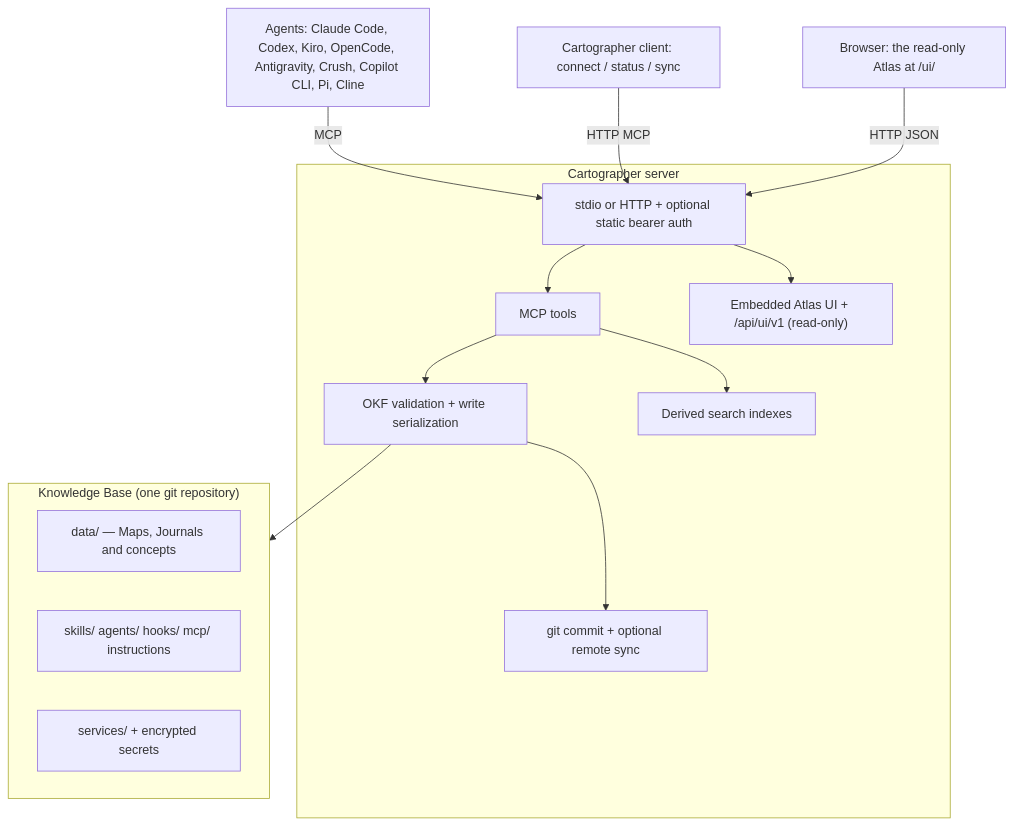
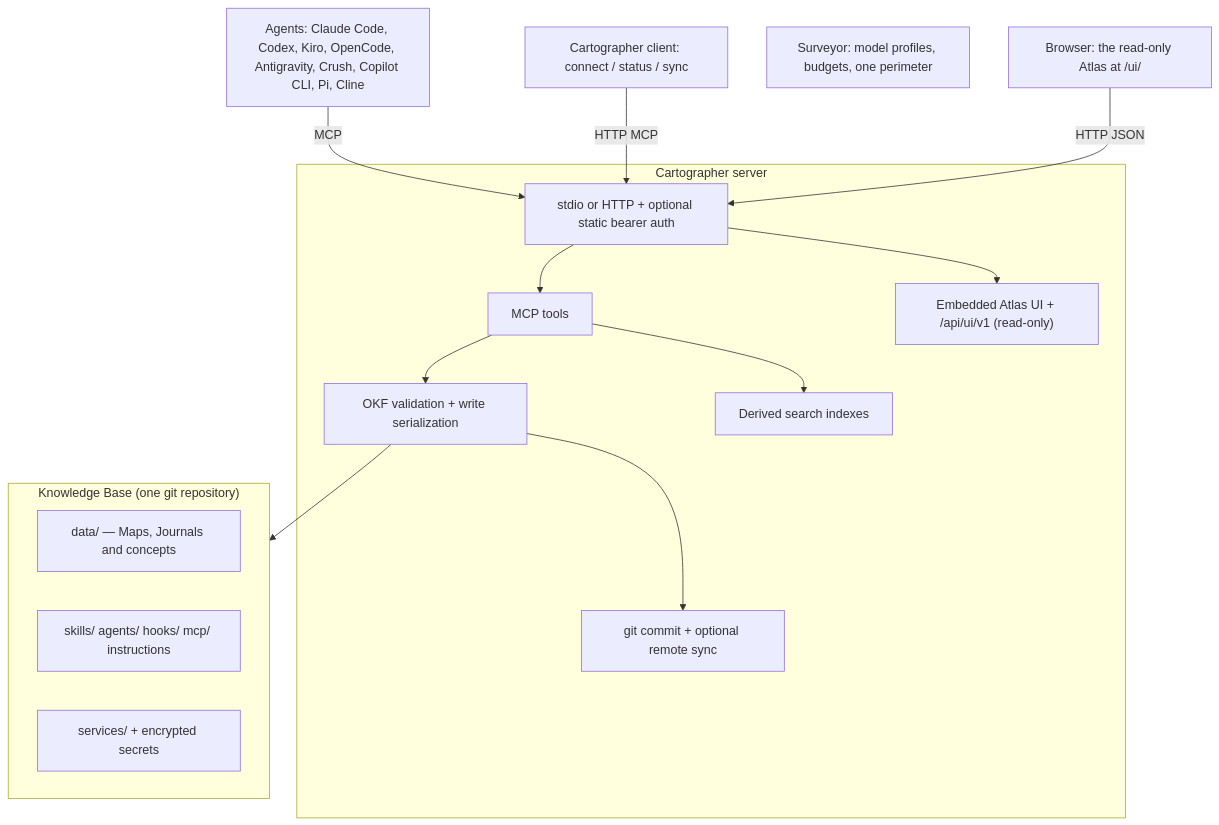
Before and after one commit to BeppeTemp/cartographer: the diagram in docs/overview.md, drawn with Mermaid. The commit also changed other lines of this file and 10 other files, not shown here.

````diff
--- a/docs/overview.md
+++ b/docs/overview.md
@@ -49,28 +50,29 @@
 ```mermaid
 flowchart TB
     A["Agents: Claude Code, Codex, Kiro, OpenCode, Antigravity, Crush, Copilot CLI, Pi, Cline"]
     C["Cartographer client: connect / status / sync"]
+    Y["Surveyor: model profiles, budgets, one perimeter"]
     B["Browser: the read-only Atlas at /ui/"]
 
     subgraph S["Cartographer server"]
         T["stdio or HTTP + optional static bearer auth"]
         M["MCP tools"]
         W["Embedded Atlas UI + /api/ui/v1 (read-only)"]
         V["OKF validation + write serialization"]
         I["Derived search indexes"]
         G["git commit + optional remote sync"]
     end
 
     subgraph K["Knowledge Base (one git repository)"]
         D["data/ — Maps, Journals and concepts"]
         P["skills/ agents/ hooks/ mcp/ instructions"]
         X["services/ + encrypted secrets"]
     end
 
     A -->|MCP| T --> M
     C -->|HTTP MCP| T
     B -->|HTTP JSON| T --> W
     M --> V --> K
     M --> I
     V --> G
 ```
````
